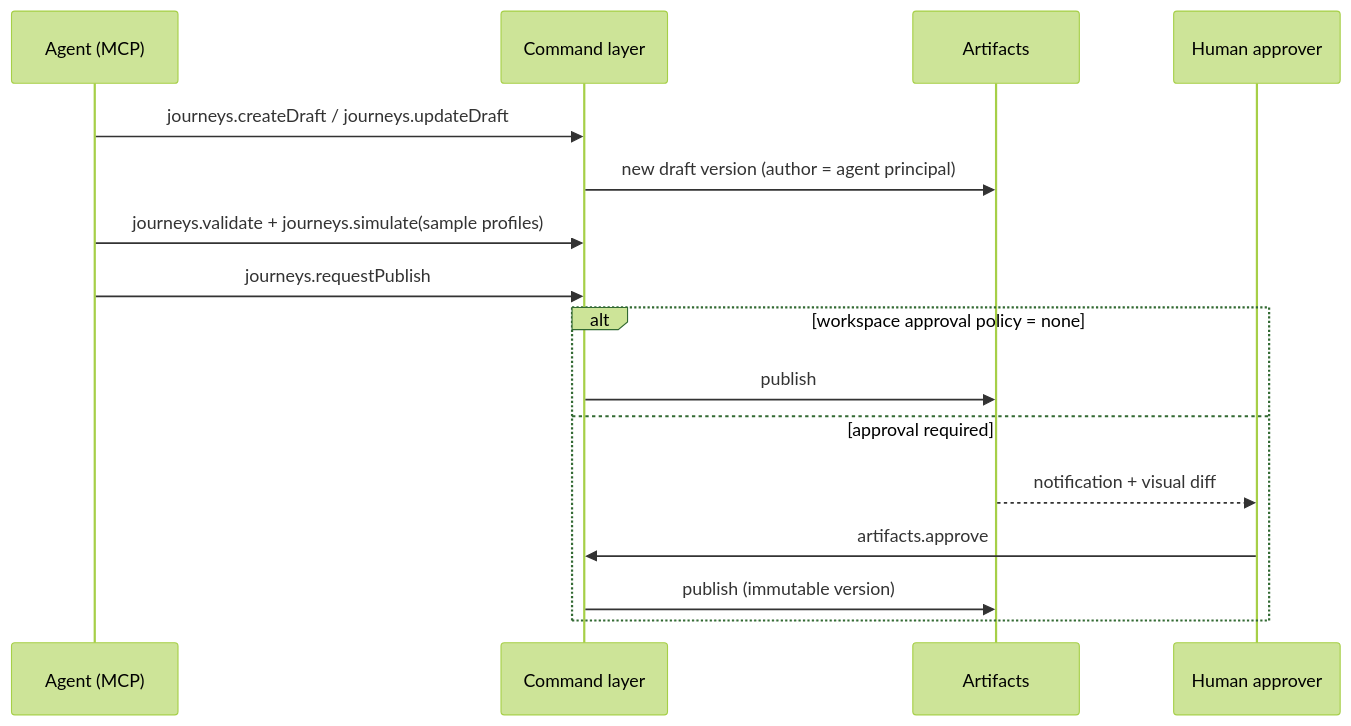
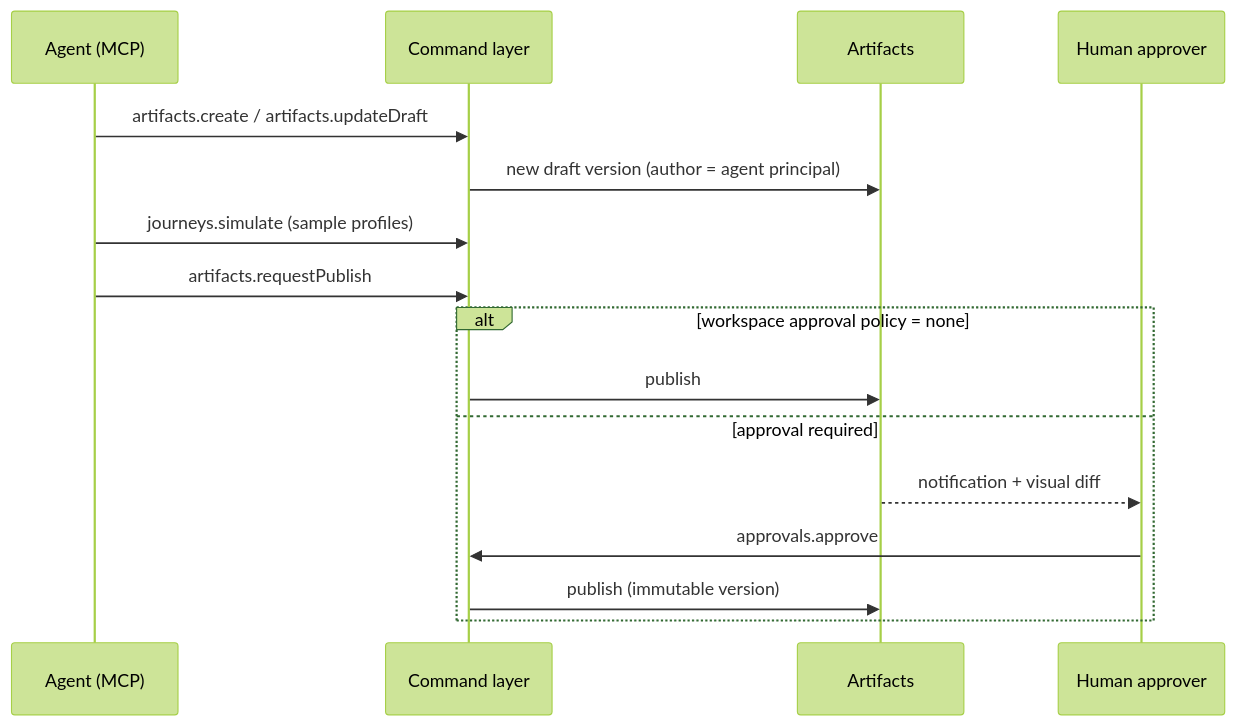
The fifth of 5 diagrams in docs/architecture/overview.md (TimChr78/Agentic-Marketing), drawn with Mermaid (forest theme) before and after one commit. The commit also changed 12 other files, not shown here.

Commit message:
docs: bring architecture pages to 0.2.9 and shipped command names (#162)

````diff
--- a/docs/architecture/overview.md
+++ b/docs/architecture/overview.md
@@ -153,19 +153,19 @@
 ```mermaid
 sequenceDiagram
   participant A as Agent (MCP)
   participant API as Command layer
   participant ART as Artifacts
   participant H as Human approver
 
-  A->>API: journeys.createDraft / journeys.updateDraft
+  A->>API: artifacts.create / artifacts.updateDraft
   API->>ART: new draft version (author = agent principal)
-  A->>API: journeys.validate + journeys.simulate(sample profiles)
-  A->>API: journeys.requestPublish
+  A->>API: journeys.simulate (sample profiles)
+  A->>API: artifacts.requestPublish
   alt workspace approval policy = none
     API->>ART: publish
   else approval required
     ART-->>H: notification + visual diff
-    H->>API: artifacts.approve
+    H->>API: approvals.approve
     API->>ART: publish (immutable version)
   end
 ```
````
